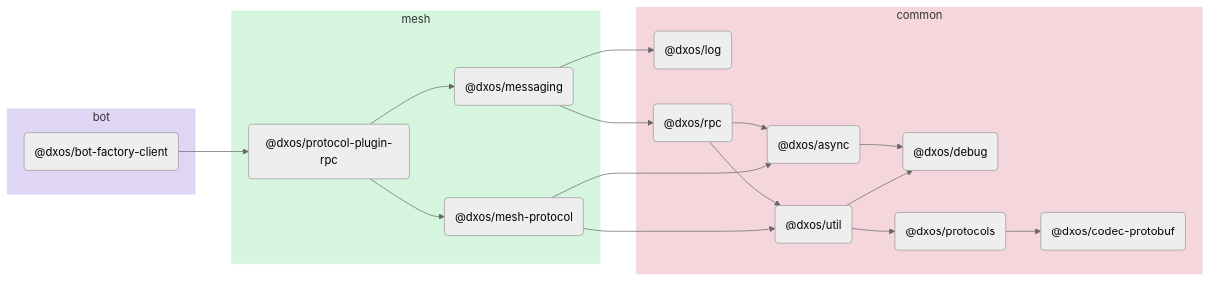
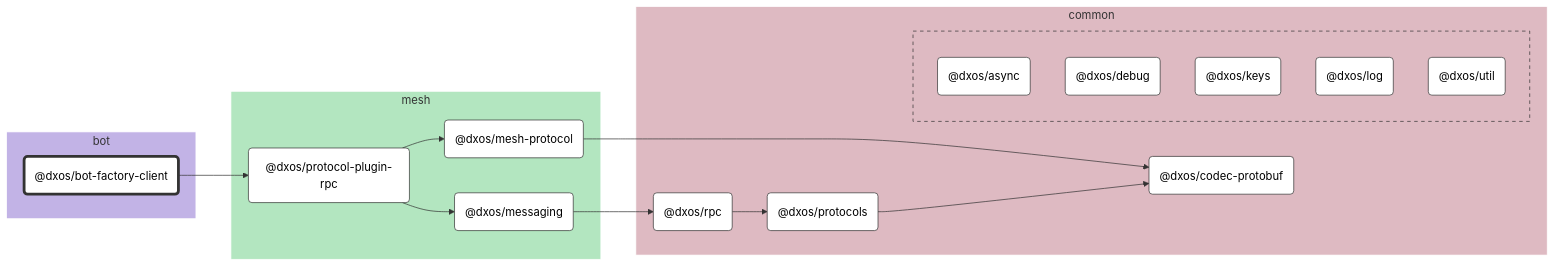
Before and after one commit to dxos/dxos: the diagram in packages/bot/bot-factory-client/docs/README.md, drawn with Mermaid (neutral theme). The commit also changed other lines of this file and 89 other files, not shown here.

````diff
--- a/packages/bot/bot-factory-client/docs/README.md
+++ b/packages/bot/bot-factory-client/docs/README.md
@@ -5,40 +7,80 @@
 ```mermaid
-flowchart LR;
+%%{ init: {'flowchart':{'curve':'basis'}} }%%
 
+flowchart LR
+
+%% Links
+dxos/bot-factory-client --> dxos/protocol-plugin-rpc;
+dxos/mesh-protocol --> dxos/codec-protobuf;
+dxos/messaging --> dxos/rpc;
+dxos/protocol-plugin-rpc --> dxos/mesh-protocol;
+dxos/protocol-plugin-rpc --> dxos/messaging;
+dxos/protocols --> dxos/codec-protobuf;
+dxos/rpc --> dxos/protocols;
+
+%% Sections
 subgraph bot
-  style bot fill:#dfd6f5,stroke:#fff;
-  dxos/bot-factory-client("@dxos/bot-factory-client");
+  style bot fill:#c2b3e6,stroke:#fff;
+
+  dxos/bot-factory-client("@dxos/bot-factory-client")
 end
 
 subgraph common
-  style common fill:#f5d6dd,stroke:#fff;
-  dxos/async("@dxos/async");
-  dxos/debug("@dxos/debug");
-  dxos/codec-protobuf("@dxos/codec-protobuf");
-  dxos/log("@dxos/log");
-  dxos/protocols("@dxos/protocols");
-  dxos/rpc("@dxos/rpc");
-  dxos/util("@dxos/util");
+  style common fill:#debac2,stroke:#fff;
+
+  dxos/codec-protobuf("@dxos/codec-protobuf")
+  dxos/protocols("@dxos/protocols")
+  dxos/rpc("@dxos/rpc")
+
+  subgraph common-excluded [ ]
+    style common-excluded fill:#debac2,stroke:#333,stroke-dasharray:5 5;
+
+    dxos/async("@dxos/async")
+    dxos/debug("@dxos/debug")
+    dxos/keys("@dxos/keys")
+    dxos/log("@dxos/log")
+    dxos/util("@dxos/util")
+  end
 end
 
 subgraph mesh
-  style mesh fill:#d6f5de,stroke:#fff;
-  dxos/protocol-plugin-rpc("@dxos/protocol-plugin-rpc");
-  dxos/messaging("@dxos/messaging");
-  dxos/mesh-protocol("@dxos/mesh-protocol");
+  style mesh fill:#b3e6c0,stroke:#fff;
+
+  dxos/mesh-protocol("@dxos/mesh-protocol")
+  dxos/messaging("@dxos/messaging")
+  dxos/protocol-plugin-rpc("@dxos/protocol-plugin-rpc")
 end
 
-dxos/async --> dxos/debug;
-dxos/bot-factory-client --> dxos/protocol-plugin-rpc;
-dxos/protocol-plugin-rpc --> dxos/messaging;
-dxos/messaging --> dxos/log;
-dxos/protocols --> dxos/codec-protobuf;
-dxos/messaging --> dxos/rpc;
-dxos/rpc --> dxos/async;
-dxos/rpc --> dxos/util;
-dxos/util --> dxos/debug;
-dxos/util --> dxos/protocols;
-dxos/protocol-plugin-rpc --> dxos/mesh-protocol;
-dxos/mesh-protocol --> dxos/async;
-dxos/mesh-protocol --> dxos/util;
+
+%% Hyperlinks
+click dxos/async "dxos/dxos/tree/main/packages/common/async/docs";
+click dxos/codec-protobuf "dxos/dxos/tree/main/packages/common/codec-protobuf/docs";
+click dxos/debug "dxos/dxos/tree/main/packages/common/debug/docs";
+click dxos/keys "dxos/dxos/tree/main/packages/common/keys/docs";
+click dxos/log "dxos/dxos/tree/main/packages/common/log/docs";
+click dxos/mesh-protocol "dxos/dxos/tree/main/packages/mesh/mesh-protocol/docs";
+click dxos/messaging "dxos/dxos/tree/main/packages/mesh/messaging/docs";
+click dxos/protocol-plugin-rpc "dxos/dxos/tree/main/packages/mesh/protocol-plugin-rpc/docs";
+click dxos/protocols "dxos/dxos/tree/main/packages/common/protocols/docs";
+click dxos/rpc "dxos/dxos/tree/main/packages/common/rpc/docs";
+click dxos/util "dxos/dxos/tree/main/packages/common/util/docs";
+
+%% Styles
+classDef rootNode fill:#fff,stroke:#333,stroke-width:4px
+classDef defaultNode fill:#fff,stroke:#333,stroke-width:1px
+linkStyle default stroke:#333,stroke-width:1px
+
+dxos/bot-factory-client:::rootNode
+
+dxos/async:::defaultNode
+dxos/codec-protobuf:::defaultNode
+dxos/debug:::defaultNode
+dxos/keys:::defaultNode
+dxos/log:::defaultNode
+dxos/mesh-protocol:::defaultNode
+dxos/messaging:::defaultNode
+dxos/protocol-plugin-rpc:::defaultNode
+dxos/protocols:::defaultNode
+dxos/rpc:::defaultNode
+dxos/util:::defaultNode
 ```
````
